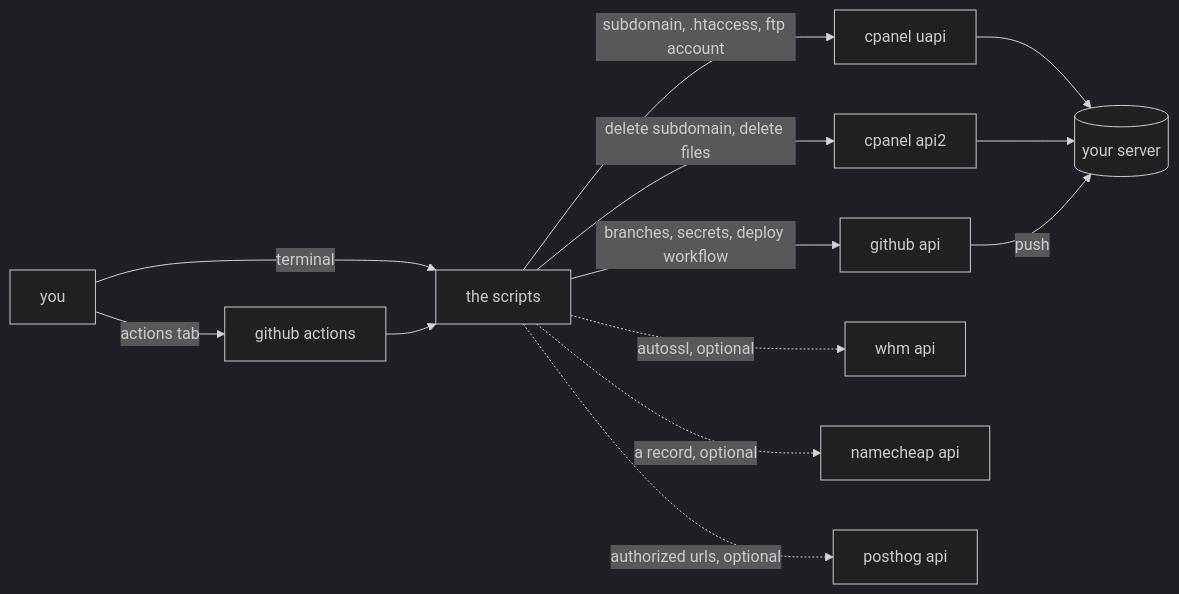
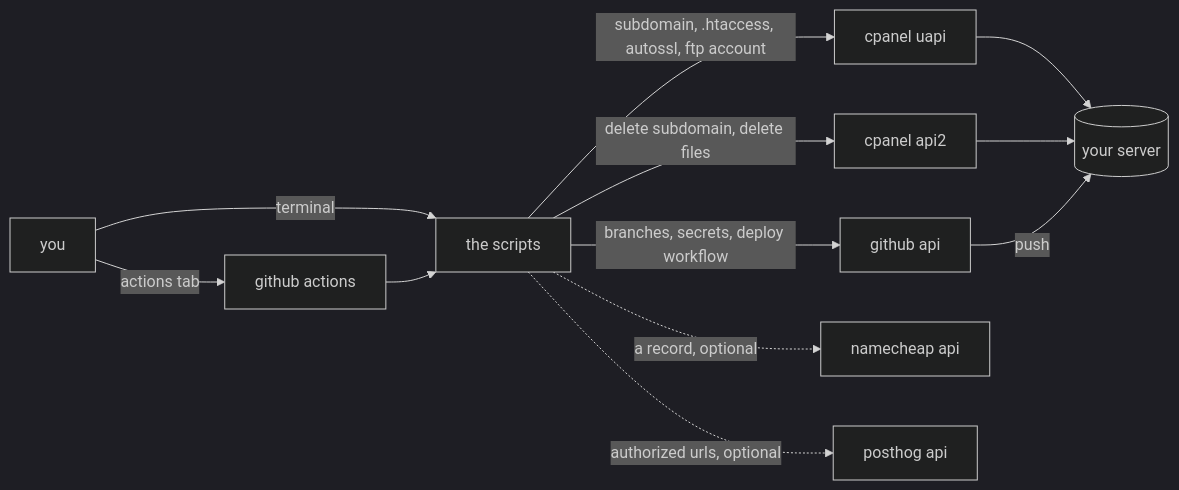
Before and after one commit to leandroestrella/hammerspace: the diagram in README.md, drawn with Mermaid. The commit also changed other lines of this file and 11 other files, not shown here.

First line of the commit message:
autossl: start it through uapi with the cpanel user token, no whm needed (LNDR-230)

````diff
--- a/README.md
+++ b/README.md
@@ -25,16 +25,15 @@
 ```mermaid
 %%{init: {'theme': 'dark'}}%%
 flowchart LR
     YOU[you] -->|actions tab| GHA[github actions]
     YOU -->|terminal| CLI[the scripts]
     GHA --> CLI
-    CLI -->|subdomain, .htaccess, ftp account| UAPI[cpanel uapi]
+    CLI -->|subdomain, .htaccess, autossl, ftp account| UAPI[cpanel uapi]
     CLI -->|delete subdomain, delete files| API2[cpanel api2]
     CLI -->|branches, secrets, deploy workflow| GH[github api]
-    CLI -.->|autossl, optional| WHM[whm api]
     CLI -.->|a record, optional| NC[namecheap api]
     CLI -.->|authorized urls, optional| PH[posthog api]
     UAPI --> SRV[(your server)]
     API2 --> SRV
     GH -->|push| SRV
 ```
````
